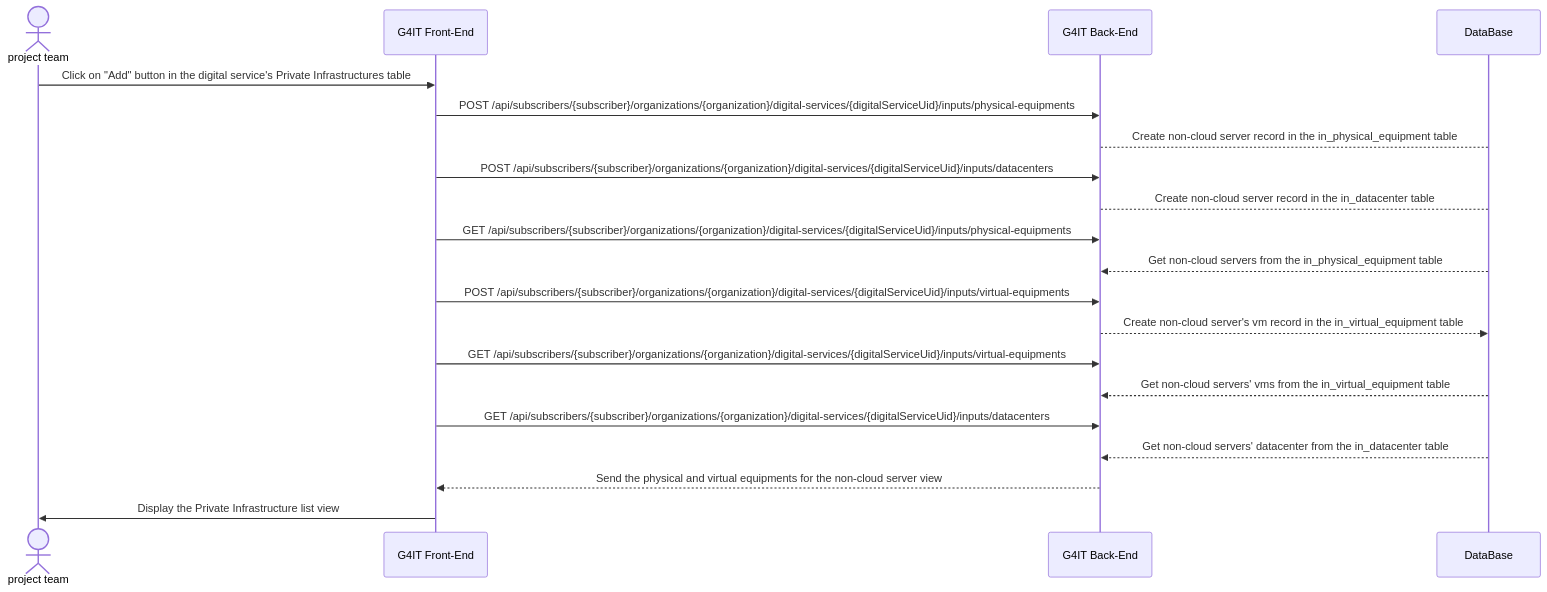
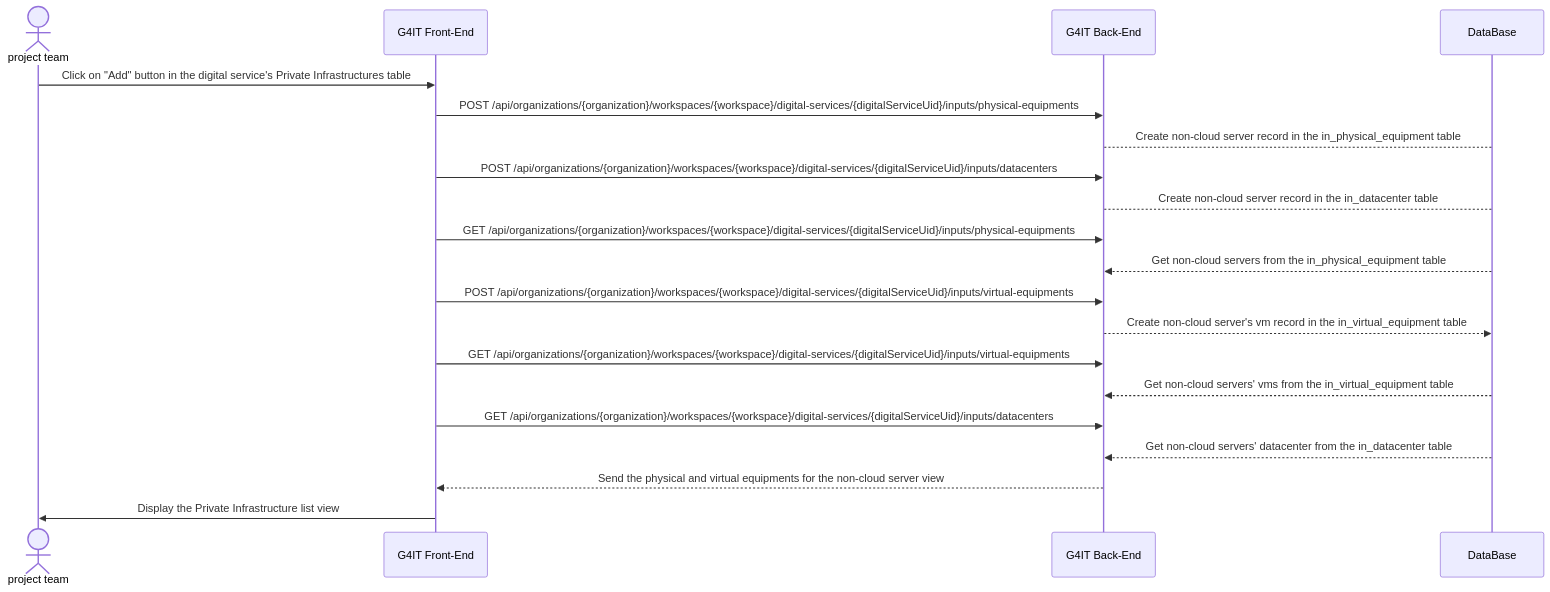
Before and after one commit to teamg4it/g4it: the diagram in services/documentation/content/2-functional-documentation/use_cases/uc_digital_services/uc3_add_visualize_equipments/uc3_add_visualize_noncloud-servers/add_visualize_nonCloud_servers_via_forms.md, drawn with Mermaid. The commit also changed other lines of this file and 92 other files, not shown here.

```diff
--- a/services/documentation/content/2-functional-documentation/use_cases/uc_digital_services/uc3_add_visualize_equipments/uc3_add_visualize_noncloud-servers/add_visualize_nonCloud_servers_via_forms.md
+++ b/services/documentation/content/2-functional-documentation/use_cases/uc_digital_services/uc3_add_visualize_equipments/uc3_add_visualize_noncloud-servers/add_visualize_nonCloud_servers_via_forms.md
@@ -162,24 +162,24 @@
 {{< mermaid >}}
 sequenceDiagram
 actor RND as project team
 participant front as G4IT Front-End
 participant back as G4IT Back-End
 participant DataBase
 
 RND ->> front: Click on "Add" button in the digital service's Private Infrastructures table
-front ->> back: POST /api/subscribers/{subscriber}/organizations/{organization}/digital-services/{digitalServiceUid}/inputs/physical-equipments
+front ->> back: POST /api/organizations/{organization}/workspaces/{workspace}/digital-services/{digitalServiceUid}/inputs/physical-equipments
 back--> DataBase: Create non-cloud server record in the in_physical_equipment table
-front ->> back: POST /api/subscribers/{subscriber}/organizations/{organization}/digital-services/{digitalServiceUid}/inputs/datacenters
+front ->> back: POST /api/organizations/{organization}/workspaces/{workspace}/digital-services/{digitalServiceUid}/inputs/datacenters
 back--> DataBase: Create non-cloud server record in the in_datacenter table
-front ->> back: GET /api/subscribers/{subscriber}/organizations/{organization}/digital-services/{digitalServiceUid}/inputs/physical-equipments
+front ->> back: GET /api/organizations/{organization}/workspaces/{workspace}/digital-services/{digitalServiceUid}/inputs/physical-equipments
 DataBase-->> back: Get non-cloud servers from the in_physical_equipment table
-front ->> back: POST /api/subscribers/{subscriber}/organizations/{organization}/digital-services/{digitalServiceUid}/inputs/virtual-equipments
+front ->> back: POST /api/organizations/{organization}/workspaces/{workspace}/digital-services/{digitalServiceUid}/inputs/virtual-equipments
 back-->> DataBase: Create non-cloud server's vm record in the in_virtual_equipment table
-front ->> back: GET /api/subscribers/{subscriber}/organizations/{organization}/digital-services/{digitalServiceUid}/inputs/virtual-equipments
+front ->> back: GET /api/organizations/{organization}/workspaces/{workspace}/digital-services/{digitalServiceUid}/inputs/virtual-equipments
 DataBase-->> back: Get non-cloud servers' vms from the in_virtual_equipment table
-front ->> back: GET /api/subscribers/{subscriber}/organizations/{organization}/digital-services/{digitalServiceUid}/inputs/datacenters
+front ->> back: GET /api/organizations/{organization}/workspaces/{workspace}/digital-services/{digitalServiceUid}/inputs/datacenters
 DataBase-->> back: Get non-cloud servers' datacenter from the in_datacenter table
 back-->> front: Send the physical and virtual equipments for the non-cloud server view
 front->> RND : Display the Private Infrastructure list view
 
 {{< /mermaid >}}
```
